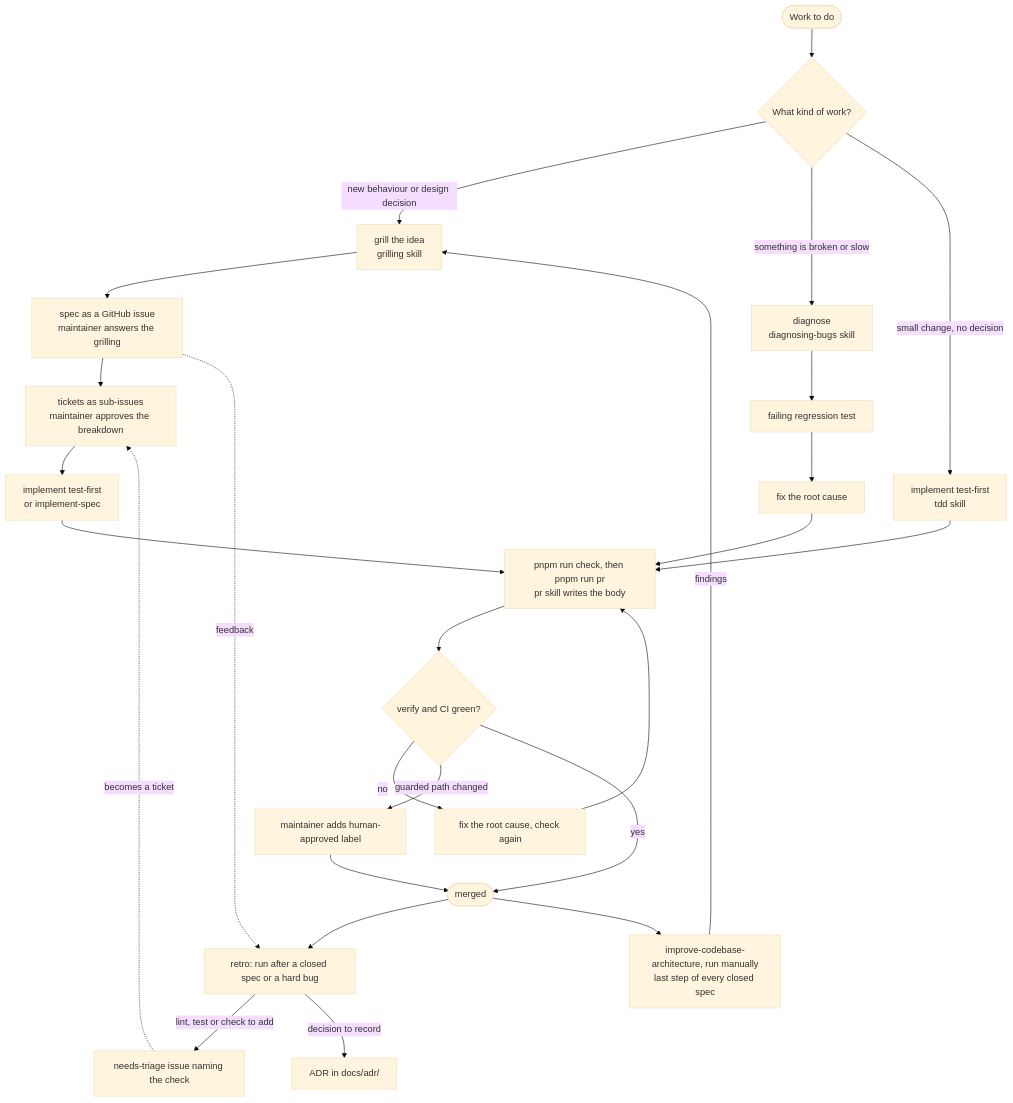
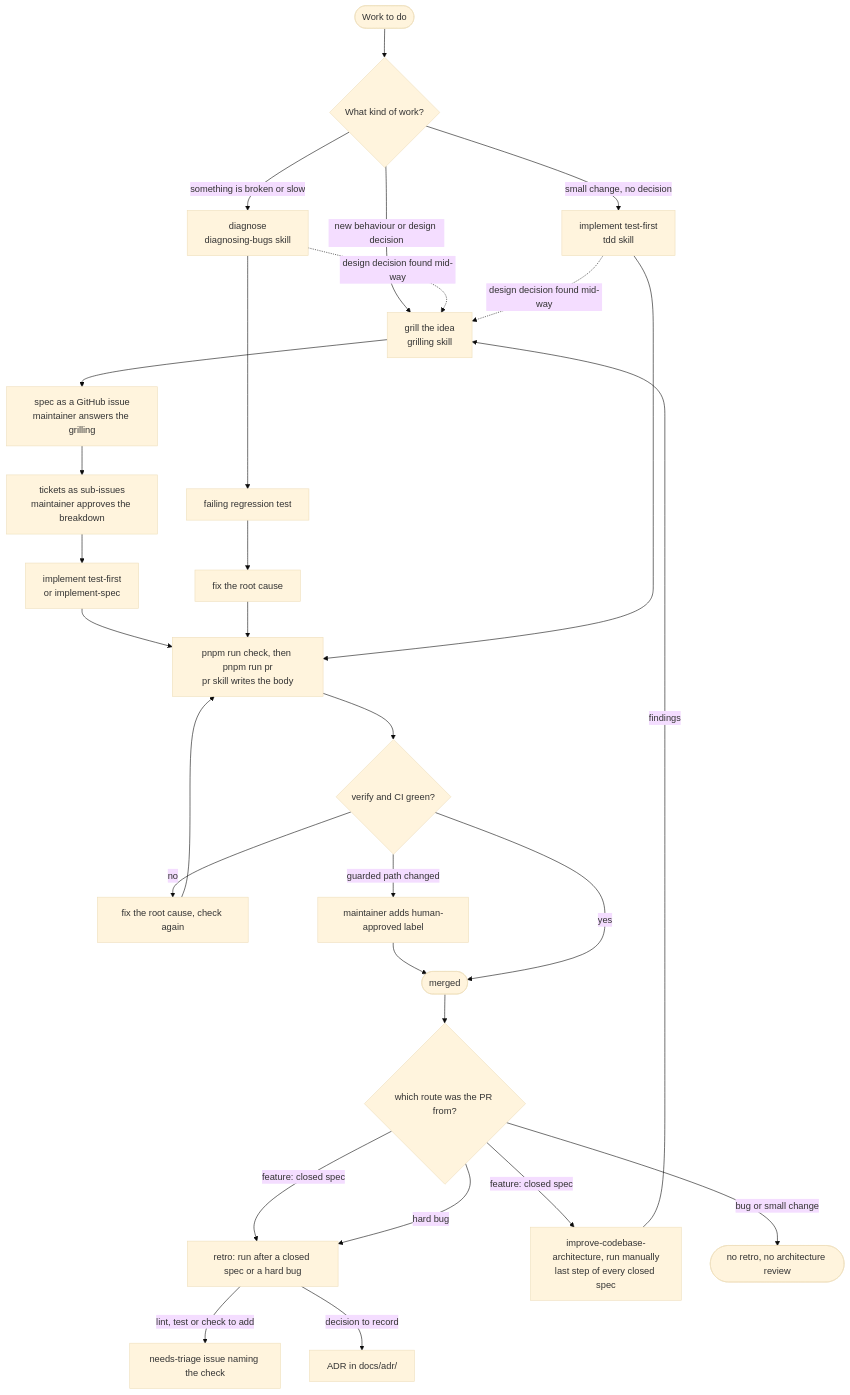
Before and after one commit to TrentiStefano/PiFrame: the diagram in docs/development-workflow.md, drawn with Mermaid (base theme).

Commit message:
docs(workflow): only closed specs and hard bugs reach the retro
The flowchart sent every merge to the retro and the architecture review, and
drew feedback edges the text does not describe. Now only a closed spec reaches
the architecture review, and only a closed spec or a hard bug reaches the retro.
Bug and small-change merges reach neither. Triage issues no longer become spec
tickets. A design decision found mid-way through a bug or a small change adds
an edge to the feature route.

Refs #85

````diff
--- a/docs/development-workflow.md
+++ b/docs/development-workflow.md
@@ -23,32 +23,36 @@
 ```mermaid
 flowchart TD
     start([Work to do]) --> kind{What kind of work?}
     kind -->|new behaviour or design decision| f1[grill the idea<br/>grilling skill]
     kind -->|something is broken or slow| b1[diagnose<br/>diagnosing-bugs skill]
     kind -->|small change, no decision| s1[implement test-first<br/>tdd skill]
 
     f1 --> f2[spec as a GitHub issue<br/>maintainer answers the grilling]
     f2 --> f3[tickets as sub-issues<br/>maintainer approves the breakdown]
     f3 --> f4[implement test-first<br/>or implement-spec]
     f4 --> pr
 
     b1 --> b2[failing regression test]
     b2 --> b3[fix the root cause]
     b3 --> pr
 
     s1 --> pr
 
+    b1 -. design decision found mid-way .-> f1
+    s1 -. design decision found mid-way .-> f1
+
     pr[pnpm run check, then pnpm run pr<br/>pr skill writes the body] --> ci{verify and CI green?}
     ci -->|no| fix[fix the root cause, check again] --> pr
     ci -->|guarded path changed| appr[maintainer adds human-approved label]
     appr --> merge([merged])
     ci -->|yes| merge
 
-    merge --> retro["retro: run after a closed spec or a hard bug"]
+    merge --> route{which route was the PR from?}
+    route -->|feature: closed spec| retro["retro: run after a closed spec or a hard bug"]
+    route -->|feature: closed spec| arch[improve-codebase-architecture, run manually<br/>last step of every closed spec]
+    route -->|hard bug| retro
+    route -->|bug or small change| none([no retro, no architecture review])
     retro -->|lint, test or check to add| triage[needs-triage issue naming the check]
     retro -->|decision to record| adr[ADR in docs/adr/]
-    f2 -. feedback .-> retro
-    merge --> arch[improve-codebase-architecture, run manually<br/>last step of every closed spec]
     arch -->|findings| f1
-    triage -. becomes a ticket .-> f3
 ```
````
